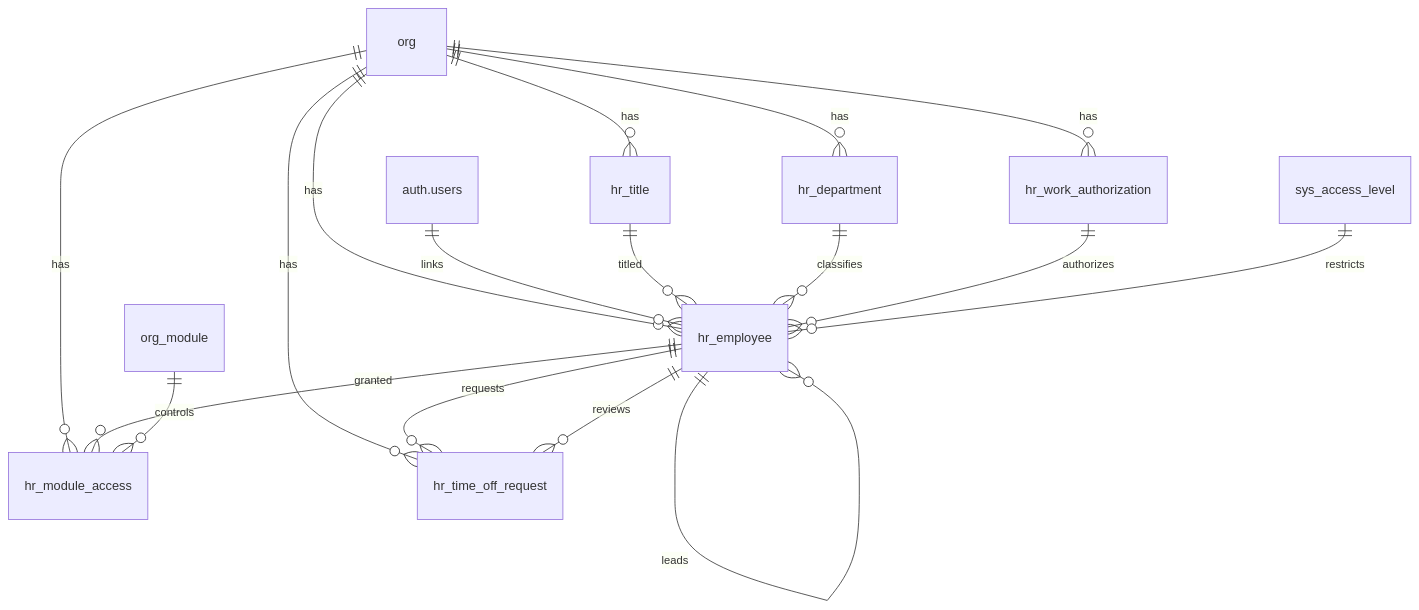
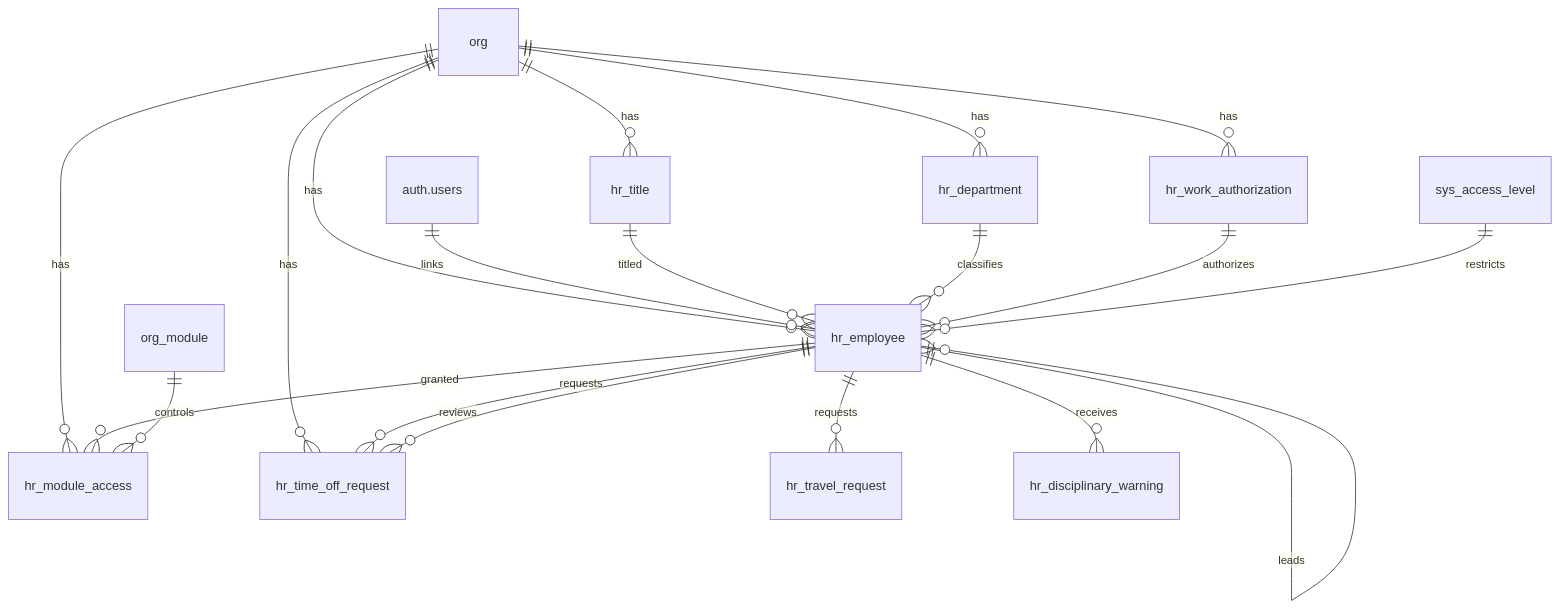
One commit to Hawaii-Farming/aloha-app changed the diagram in docs/schemas/20260326_04_hr.md. Above: the diagram before and after it, drawn with Mermaid. The commit also changed other lines of this file and 65 other files, not shown here.

````diff
--- a/docs/schemas/20260326_04_hr.md
+++ b/docs/schemas/20260326_04_hr.md
@@ -9,19 +9,21 @@
 ```mermaid
 erDiagram
     org ||--o{ hr_department : has
     org ||--o{ hr_work_authorization : has
     org ||--o{ hr_title : has
     org ||--o{ hr_employee : has
     auth.users ||--o{ hr_employee : links
     hr_employee ||--o{ hr_employee : leads
     hr_title ||--o{ hr_employee : titled
     hr_department ||--o{ hr_employee : classifies
     hr_work_authorization ||--o{ hr_employee : authorizes
     sys_access_level ||--o{ hr_employee : restricts
     org ||--o{ hr_module_access : has
     hr_employee ||--o{ hr_module_access : granted
     org_module ||--o{ hr_module_access : controls
     org ||--o{ hr_time_off_request : has
     hr_employee ||--o{ hr_time_off_request : requests
     hr_employee ||--o{ hr_time_off_request : reviews
+    hr_employee ||--o{ hr_travel_request : requests
+    hr_employee ||--o{ hr_disciplinary_warning : receives
 ```
````
